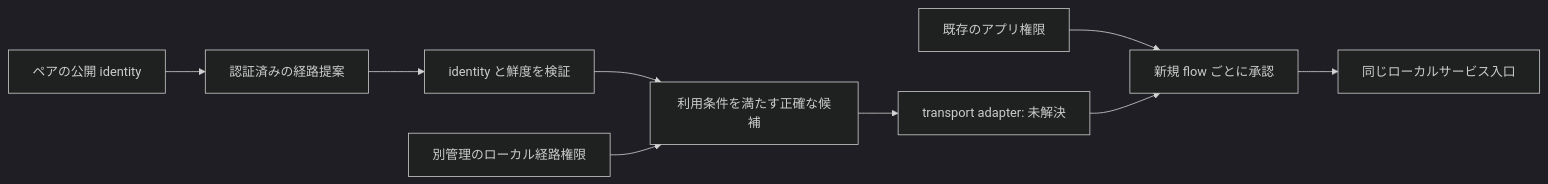
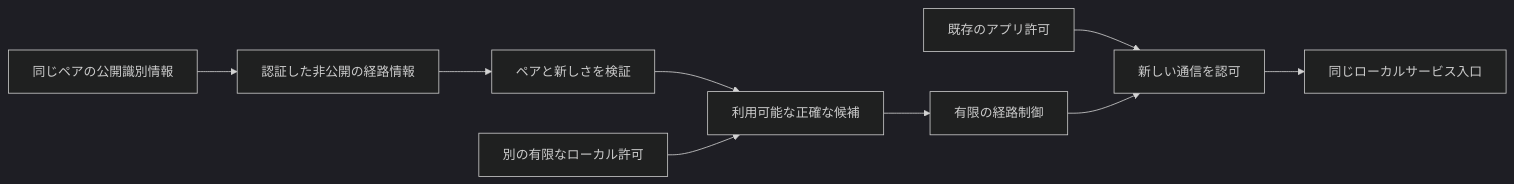
One commit to webkaz-labs/sobalink changed the diagram in docs/ROUTE_RECOVERY_DESIGN.ja.md. Above: the diagram before and after it, drawn with Mermaid (dark theme). The commit also changed other lines of this file and 21 other files, not shown here.

````diff
--- a/docs/ROUTE_RECOVERY_DESIGN.ja.md
+++ b/docs/ROUTE_RECOVERY_DESIGN.ja.md
@@ -44,11 +11,11 @@
 ```mermaid
 flowchart LR
-    P[ペアの公開 identity] --> O[認証済みの経路提案]
-    O --> V[identity と鮮度を検証]
-    V --> E[利用条件を満たす正確な候補]
-    L[別管理のローカル経路権限] --> E
-    E --> T[transport adapter: 未解決]
-    A[既存のアプリ権限] --> G[新規 flow ごとに承認]
+    P[同じペアの公開識別情報] --> O[認証した非公開の経路情報]
+    O --> V[ペアと新しさを検証]
+    V --> E[利用可能な正確な候補]
+    L[別の有限なローカル許可] --> E
+    E --> T[有限の経路制御]
+    A[既存のアプリ許可] --> G[新しい通信を認可]
     T --> G
     G --> S[同じローカルサービス入口]
 ```
````
